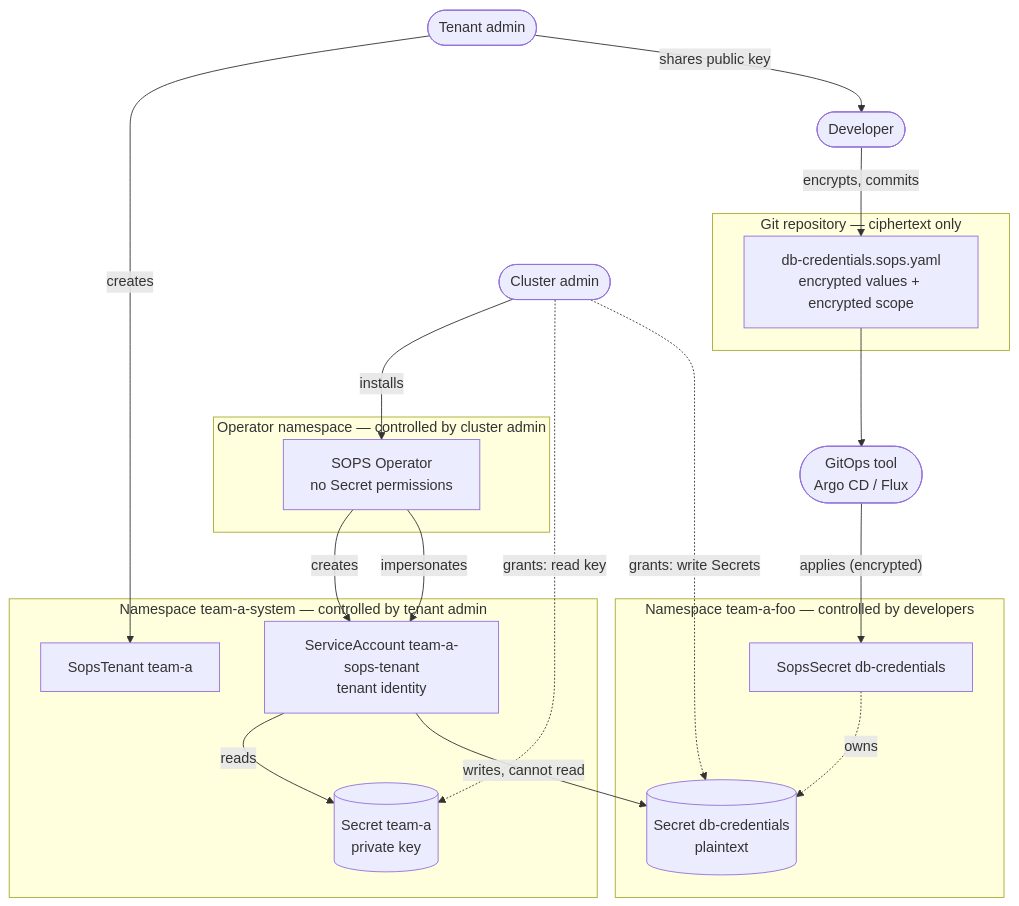
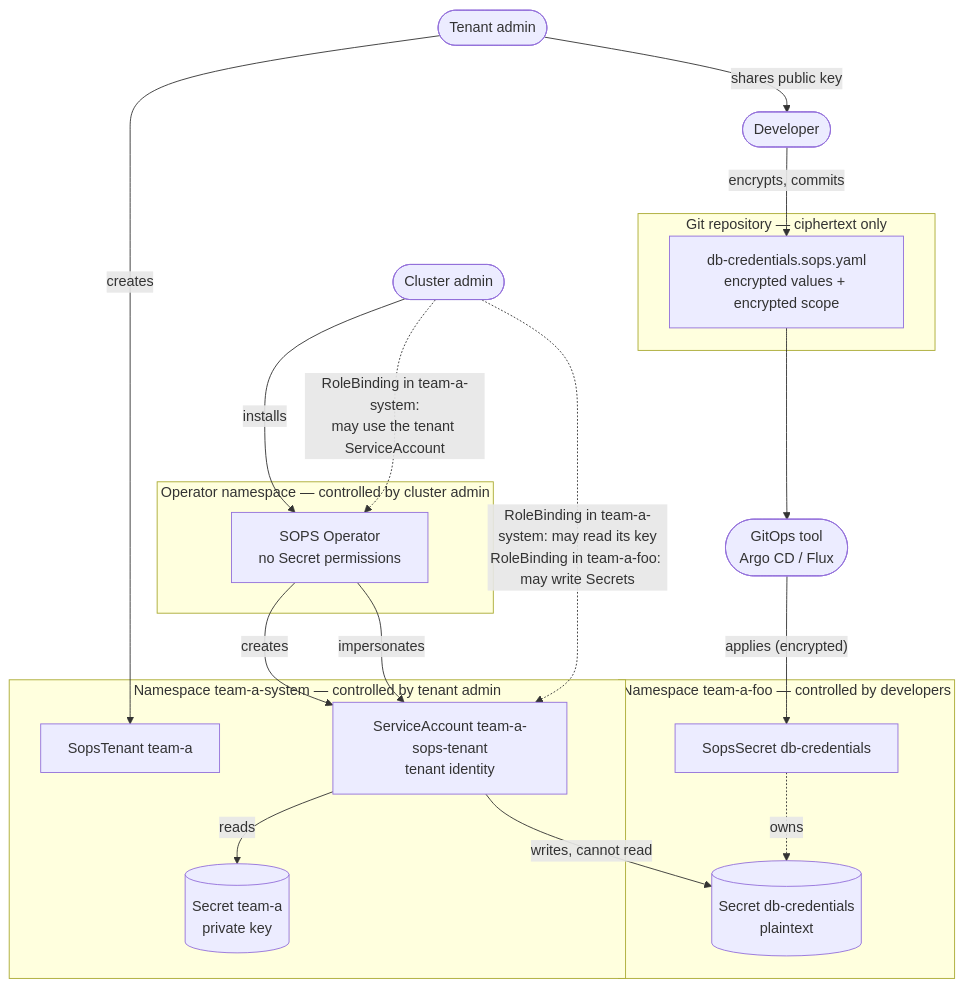
One commit to stakater/sops-operator changed the diagram in README.md. Above: the diagram before and after it, drawn with Mermaid. The commit also changed 1 other file, not shown here.

Commit message:
docs: diagram grants point at the identity that receives them
Grants are RoleBindings to an identity, not to a Secret: the operator may
use the tenant ServiceAccount, and the tenant ServiceAccount may read its
key in team-a-system and write Secrets in team-a-foo.

````diff
--- a/README.md
+++ b/README.md
@@ -111,41 +111,41 @@
 ```mermaid
 flowchart TB
     CA(["Cluster admin"])
     TA(["Tenant admin"])
     DEV(["Developer"])
 
     subgraph GIT["Git repository — ciphertext only"]
         FILE["db-credentials.sops.yaml<br/>encrypted values + encrypted scope"]
     end
 
     GITOPS(["GitOps tool<br/>Argo CD / Flux"])
 
     subgraph OPNS["Operator namespace — controlled by cluster admin"]
         OP["SOPS Operator<br/>no Secret permissions"]
     end
 
     subgraph TNS["Namespace team-a-system — controlled by tenant admin"]
         TEN["SopsTenant team-a"]
         KEY[("Secret team-a<br/>private key")]
         SA["ServiceAccount team-a-sops-tenant<br/>tenant identity"]
     end
 
     subgraph APP["Namespace team-a-foo — controlled by developers"]
         SS["SopsSecret db-credentials"]
         OUT[("Secret db-credentials<br/>plaintext")]
     end
 
     CA -->|installs| OP
     OP -->|creates| SA
-    CA -.->|"grants: read key"| KEY
-    CA -.->|"grants: write Secrets"| OUT
+    CA -.->|"RoleBinding in team-a-system:<br/>may use the tenant ServiceAccount"| OP
+    CA -.->|"RoleBinding in team-a-system: may read its key<br/>RoleBinding in team-a-foo: may write Secrets"| SA
     TA -->|creates| TEN
     TA -->|"shares public key"| DEV
     DEV -->|"encrypts, commits"| FILE
     FILE --> GITOPS
     GITOPS -->|"applies (encrypted)"| SS
     OP -->|impersonates| SA
     SA -->|reads| KEY
     SA -->|"writes, cannot read"| OUT
     SS -.->|owns| OUT
 ```
````
